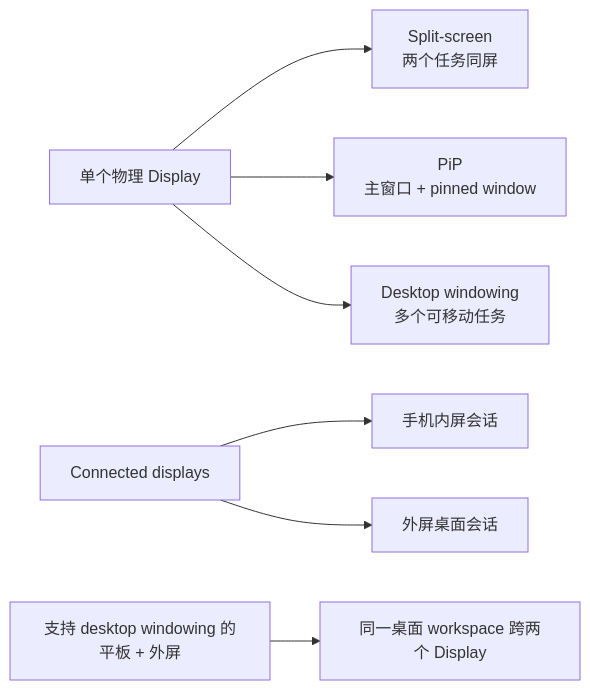
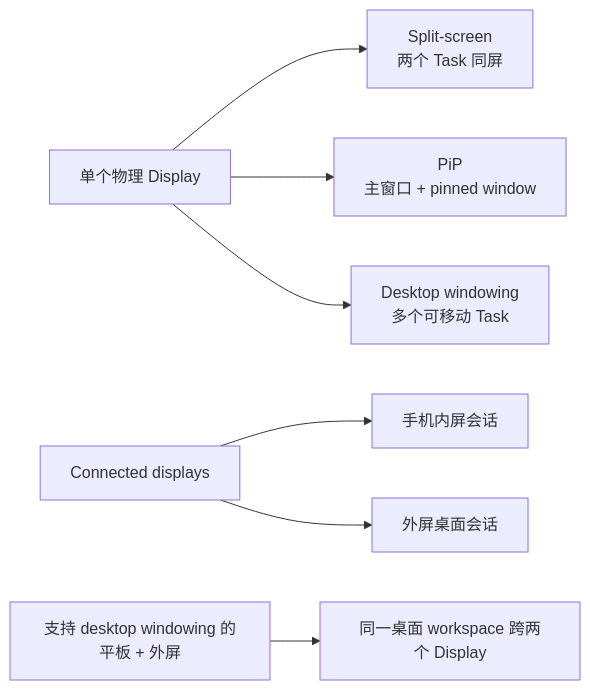
Before and after one commit to Gracker/android-internals-wiki: the first of 2 diagrams in src/part1-fundamentals/ch02-rendering/20-multiwindow-desktop-rendering.md, drawn with Mermaid. The commit also changed other lines of this file and 4 other files, not shown here.

````diff
--- a/src/part1-fundamentals/ch02-rendering/20-multiwindow-desktop-rendering.md
+++ b/src/part1-fundamentals/ch02-rendering/20-multiwindow-desktop-rendering.md
@@ -152,9 +152,9 @@
 ```mermaid
 flowchart LR
-    S["单个物理 Display"] --> SS["Split-screen<br/>两个任务同屏"]
+    S["单个物理 Display"] --> SS["Split-screen<br/>两个 Task 同屏"]
     S --> PP["PiP<br/>主窗口 + pinned window"]
-    S --> DW["Desktop windowing<br/>多个可移动任务"]
+    S --> DW["Desktop windowing<br/>多个可移动 Task"]
     CD["Connected displays"] --> PH["手机内屏会话"]
     CD --> EX["外屏桌面会话"]
     TD["支持 desktop windowing 的平板 + 外屏"] --> WS["同一桌面 workspace 跨两个 Display"]
 ```
````
